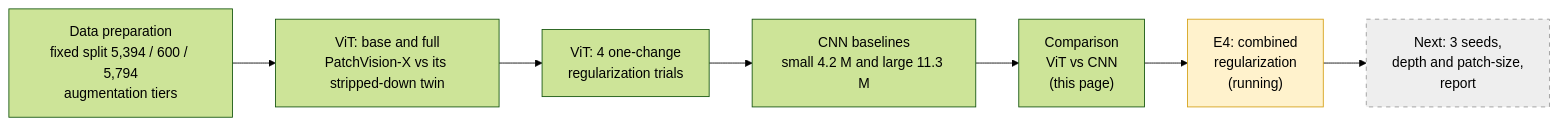
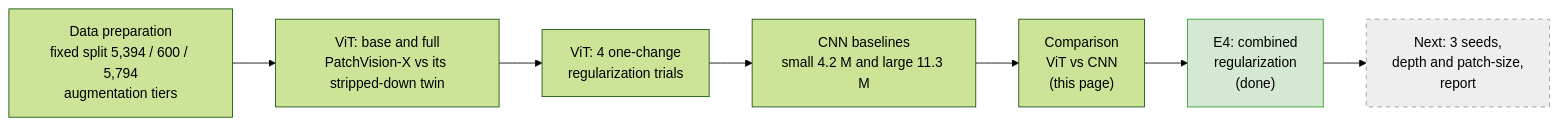
One commit to samruddhichitnis02/patchvision-vit-cub200 changed the first of 3 diagrams in README.md. Above: the diagram before and after it, drawn with Mermaid (forest theme). The commit also changed other lines of this file and 1 other file, not shown here.

Commit message:
Update READMEs with E4 regularization results: combined settings reach 53.0% (ViT only tuned)

````diff
--- a/README.md
+++ b/README.md
@@ -49,11 +52,11 @@
 ```mermaid
 flowchart LR
     A["Data preparation<br/>fixed split 5,394 / 600 / 5,794<br/>augmentation tiers"] --> B["ViT: base and full<br/>PatchVision-X vs its stripped-down twin"]
     B --> C["ViT: 4 one-change<br/>regularization trials"]
     C --> D["CNN baselines<br/>small 4.2 M and large 11.3 M"]
     D --> E["Comparison<br/>ViT vs CNN<br/>(this page)"]
-    E --> F["E4: combined<br/>regularization<br/>(running)"]
+    E --> F["E4: combined<br/>regularization<br/>(done)"]
     F --> G["Next: 3 seeds,<br/>depth and patch-size,<br/>report"]
-    style F fill:#fff2cc,stroke:#d4a017
+    style F fill:#d5e8d4,stroke:#2ca02c
     style G fill:#eeeeee,stroke:#999999,stroke-dasharray: 5 5
 ```
````
